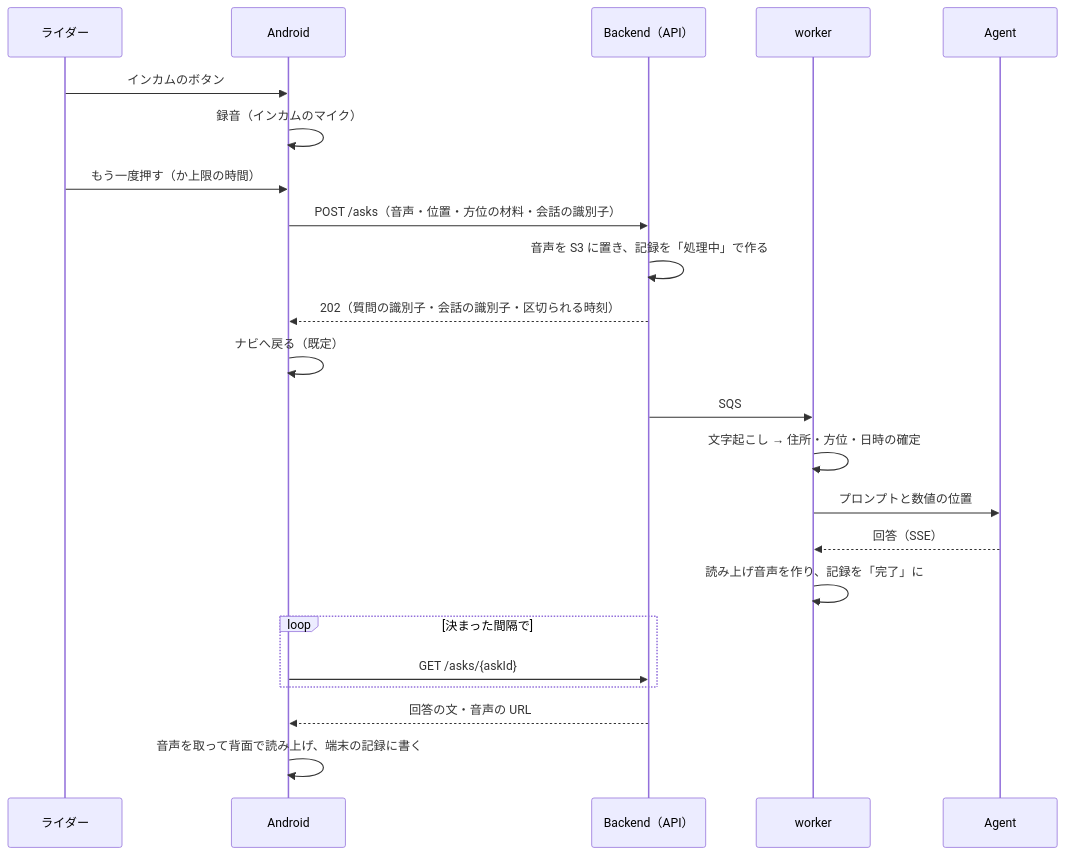
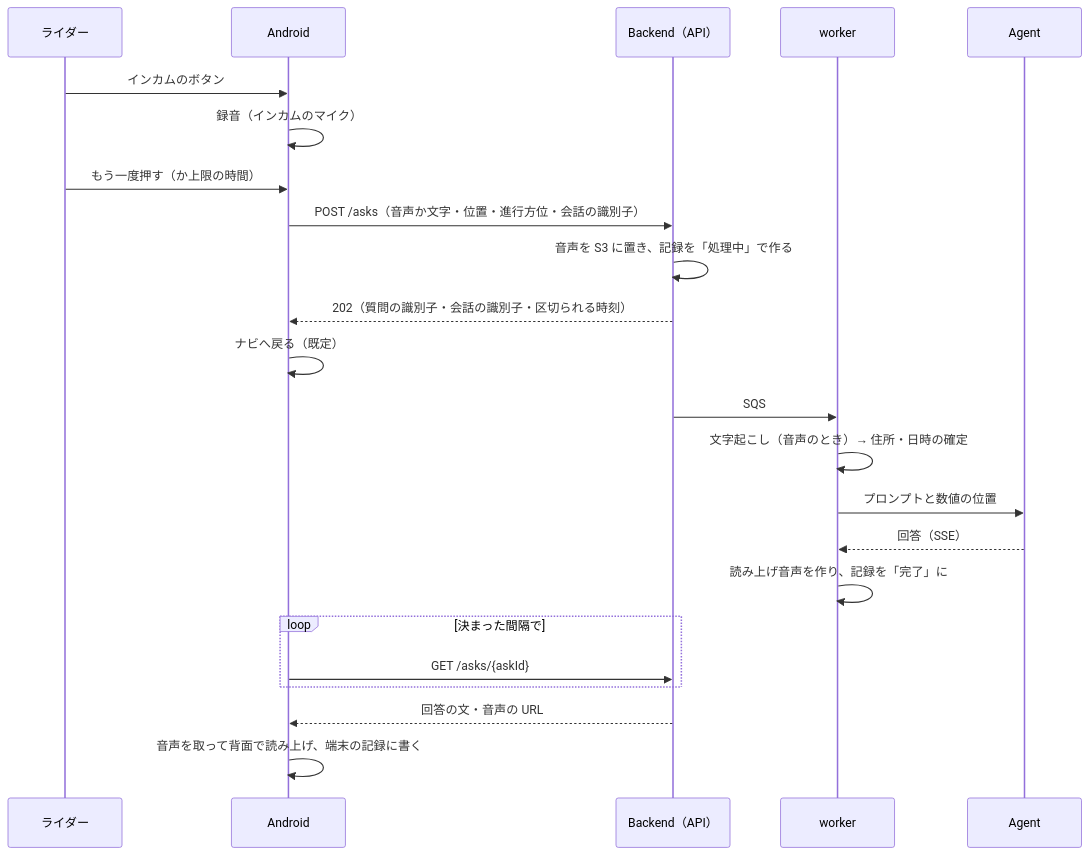
Before and after one commit to h-akira/TouringProjectV2_Agent: the second of 4 diagrams in docs-parent/08_design.md, drawn with Mermaid. The commit also changed other lines of this file and 12 other files, not shown here.

````diff
--- a/docs-parent/08_design.md
+++ b/docs-parent/08_design.md
@@ -65,25 +65,25 @@
 ```mermaid
 sequenceDiagram
     participant R as ライダー
     participant A as Android
     participant B as Backend（API）
     participant W as worker
     participant G as Agent
     R->>A: インカムのボタン
     A->>A: 録音（インカムのマイク）
     R->>A: もう一度押す（か上限の時間）
-    A->>B: POST /asks（音声・位置・方位の材料・会話の識別子）
+    A->>B: POST /asks（音声か文字・位置・進行方位・会話の識別子）
     B->>B: 音声を S3 に置き、記録を「処理中」で作る
     B-->>A: 202（質問の識別子・会話の識別子・区切られる時刻）
     A->>A: ナビへ戻る（既定）
     B->>W: SQS
-    W->>W: 文字起こし → 住所・方位・日時の確定
+    W->>W: 文字起こし（音声のとき）→ 住所・日時の確定
     W->>G: プロンプトと数値の位置
     G-->>W: 回答（SSE）
     W->>W: 読み上げ音声を作り、記録を「完了」に
     loop 決まった間隔で
         A->>B: GET /asks/{askId}
     end
     B-->>A: 回答の文・音声の URL
     A->>A: 音声を取って背面で読み上げ、端末の記録に書く
 ```
````
